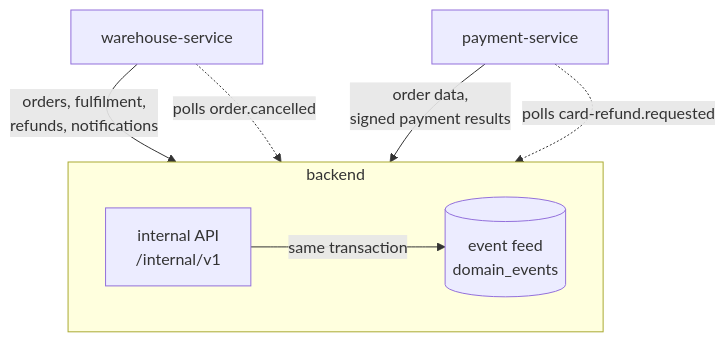
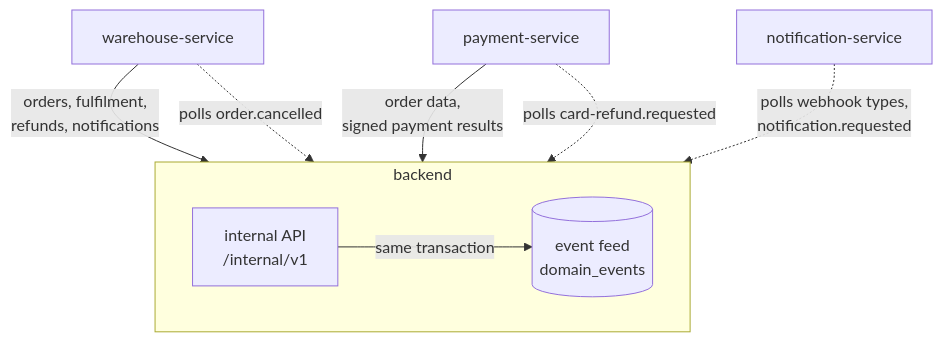
Before and after one commit to slawekradzyminski/awesome-localstack: the second of 2 diagrams in docs-site/docs/architecture/index.md, drawn with Mermaid. The commit also changed other lines of this file and 32 other files, not shown here.

First line of the commit message:
Document notification-service, reservations and split shipments

````diff
--- a/docs-site/docs/architecture/index.md
+++ b/docs-site/docs/architecture/index.md
@@ -42,13 +46,15 @@
 ```mermaid
 flowchart TB
     W[warehouse-service]
     P[payment-service]
+    N[notification-service]
     subgraph B[backend]
         direction LR
         I["internal API<br/>/internal/v1"] -->|"same transaction"| F[("event feed<br/>domain_events")]
     end
     W -->|"orders, fulfilment,<br/>refunds, notifications"| I
     P -->|"order data,<br/>signed payment results"| I
     W -.->|"polls order.cancelled"| F
     P -.->|"polls card-refund.requested"| F
+    N -.->|"polls webhook types,<br/>notification.requested"| F
 ```
````
